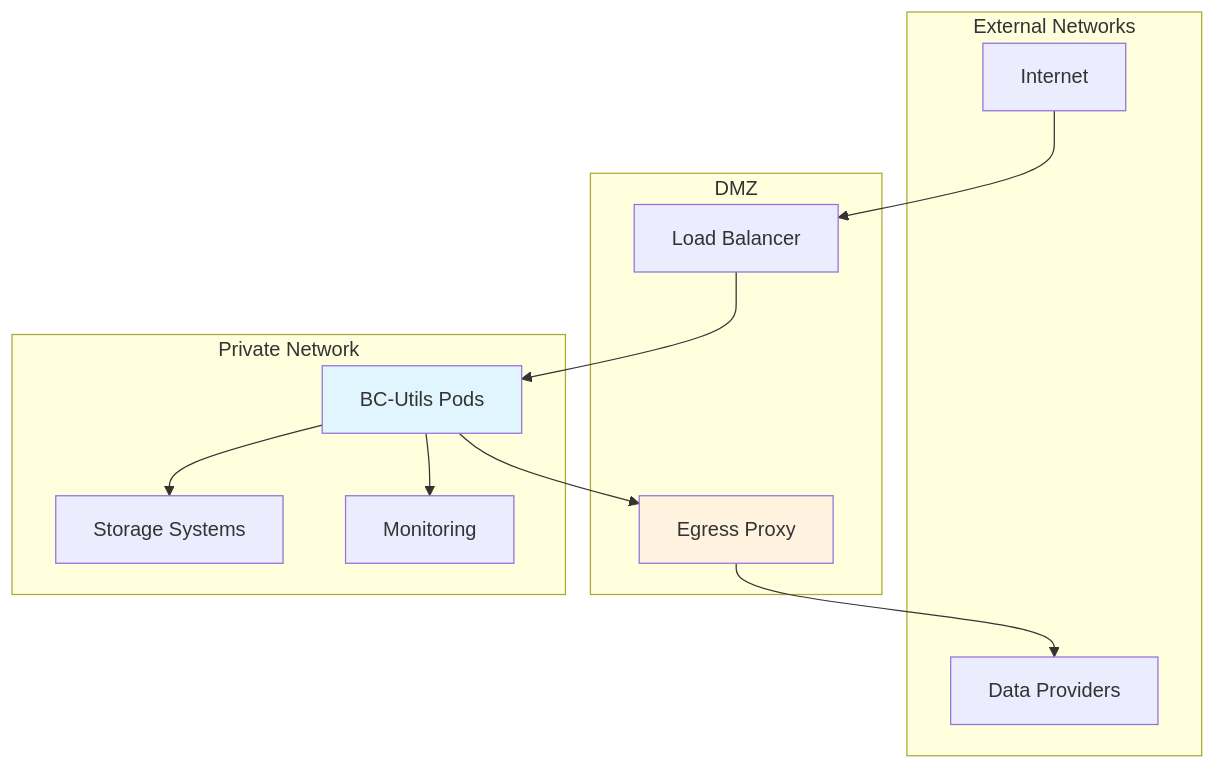
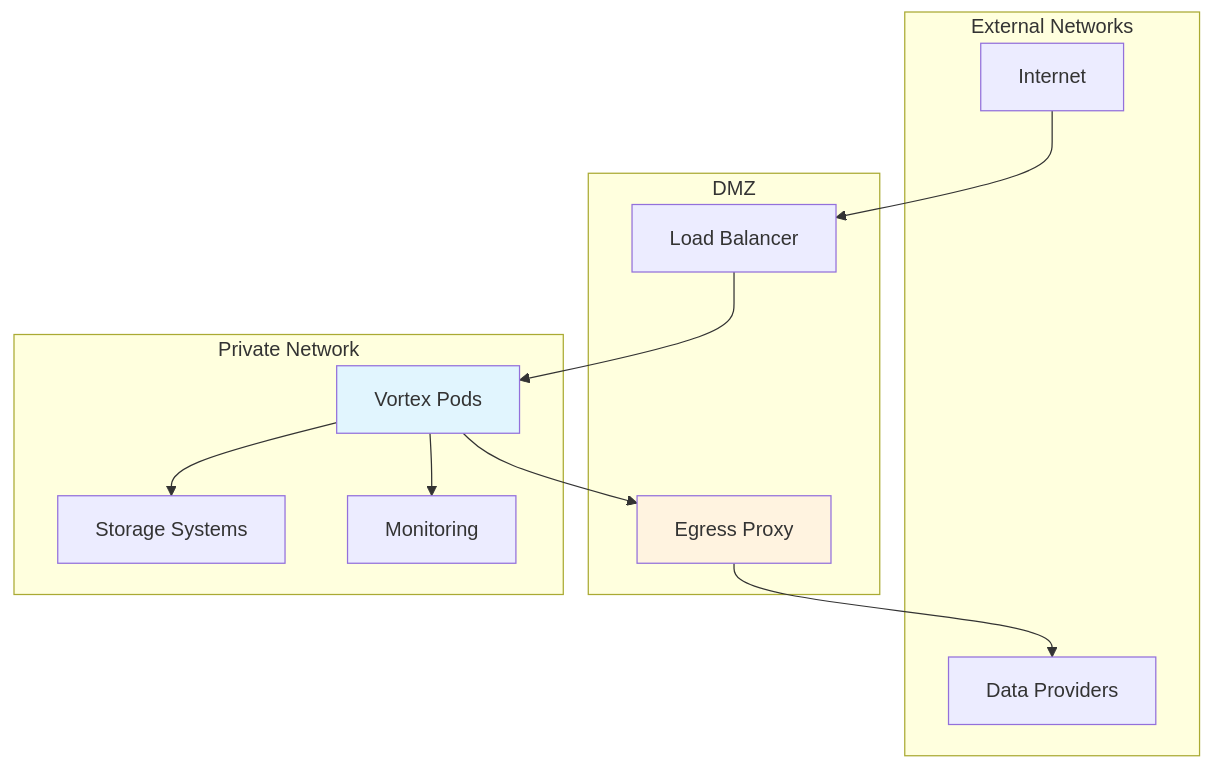
The fourth of 6 diagrams in docs/design/hld/07-deployment-architecture.md (makutaku/vortex), drawn with Mermaid before and after one commit. The commit also changed other lines of this file and 15 other files, not shown here.

First line of the commit message:
Complete documentation rebrand from BC-Utils to Vortex

````diff
--- a/docs/design/hld/07-deployment-architecture.md
+++ b/docs/design/hld/07-deployment-architecture.md
@@ -537,28 +537,28 @@
 ```mermaid
 graph TB
     subgraph "External Networks"
         Internet[Internet]
         Providers[Data Providers]
     end
     
     subgraph "DMZ"
         LB[Load Balancer]
         Proxy[Egress Proxy]
     end
     
     subgraph "Private Network"
-        App[BC-Utils Pods]
+        App[Vortex Pods]
         Storage[Storage Systems]
         Monitor[Monitoring]
     end
     
     Internet --> LB
     LB --> App
     App --> Proxy
     Proxy --> Providers
     App --> Storage
     App --> Monitor
     
     style App fill:#e1f5fe
     style Proxy fill:#fff3e0
 ```
````
